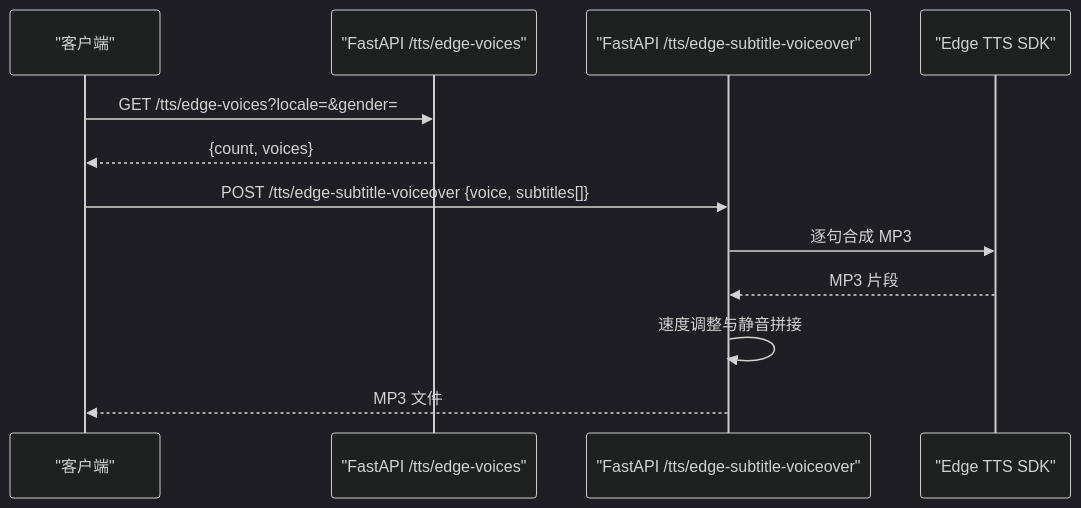
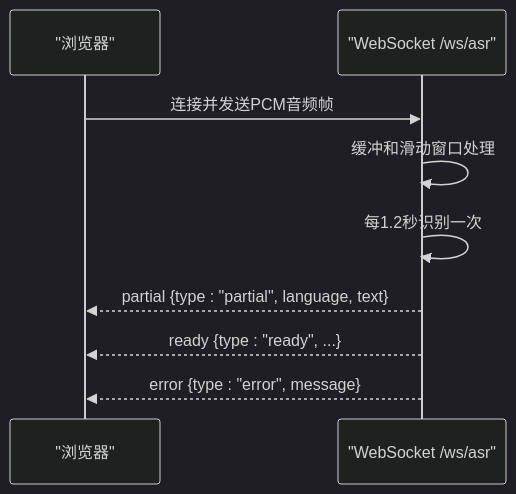
One commit to 1024dashen/Vue3Speech changed the fourth of 7 diagrams in .qoder/repowiki/zh/content/语音合成服务/语音合成服务.md. Above: the diagram before and after it, drawn with Mermaid (dark theme). The commit also changed other lines of this file and 6 other files, not shown here.

````diff
--- a/.qoder/repowiki/zh/content/语音合成服务/语音合成服务.md
+++ b/.qoder/repowiki/zh/content/语音合成服务/语音合成服务.md
@@ -204,14 +158,11 @@
 ```mermaid
 sequenceDiagram
-participant Client as "客户端"
-participant API as "FastAPI /tts/edge-voices"
-participant Svc as "FastAPI /tts/edge-subtitle-voiceover"
-participant ET as "Edge TTS SDK"
-Client->>API : GET /tts/edge-voices?locale=&gender=
-API-->>Client : {count, voices}
-Client->>Svc : POST /tts/edge-subtitle-voiceover {voice, subtitles[]}
-Svc->>ET : 逐句合成 MP3
-ET-->>Svc : MP3 片段
-Svc->>Svc : 速度调整与静音拼接
-Svc-->>Client : MP3 文件
+participant Browser as "浏览器"
+participant WS as "WebSocket /ws/asr"
+Browser->>WS : 连接并发送PCM音频帧
+WS->>WS : 缓冲和滑动窗口处理
+WS->>WS : 每1.2秒识别一次
+WS-->>Browser : partial {type : "partial", language, text}
+WS-->>Browser : ready {type : "ready", ...}
+WS-->>Browser : error {type : "error", message}
 ```
````
